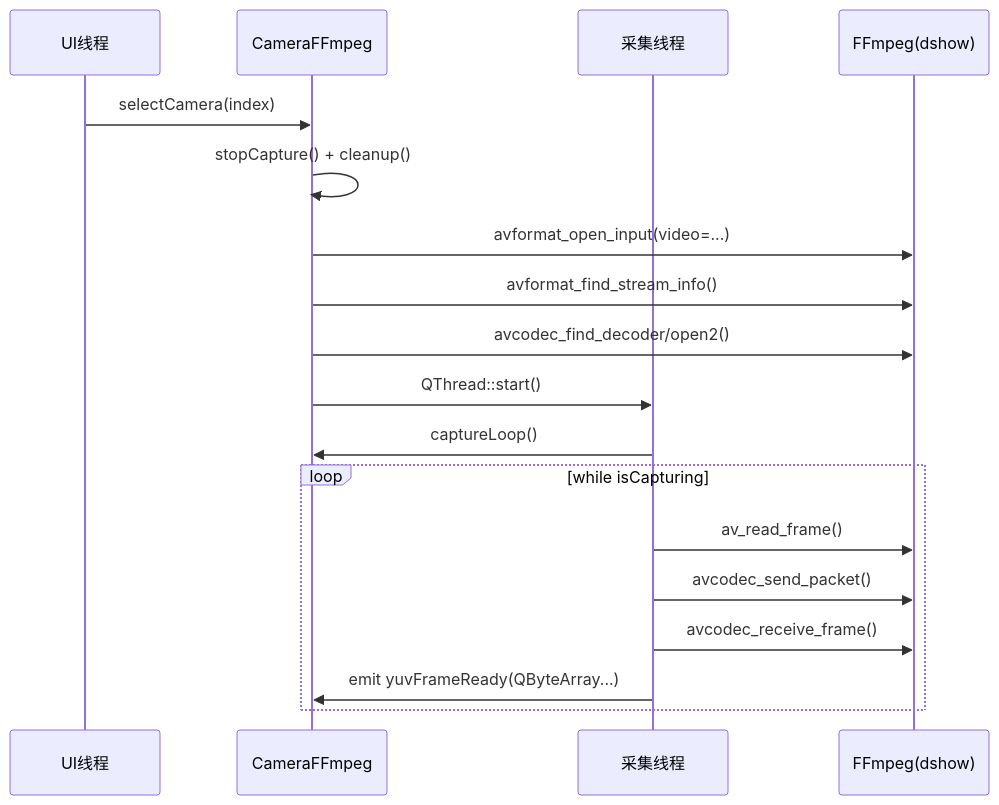
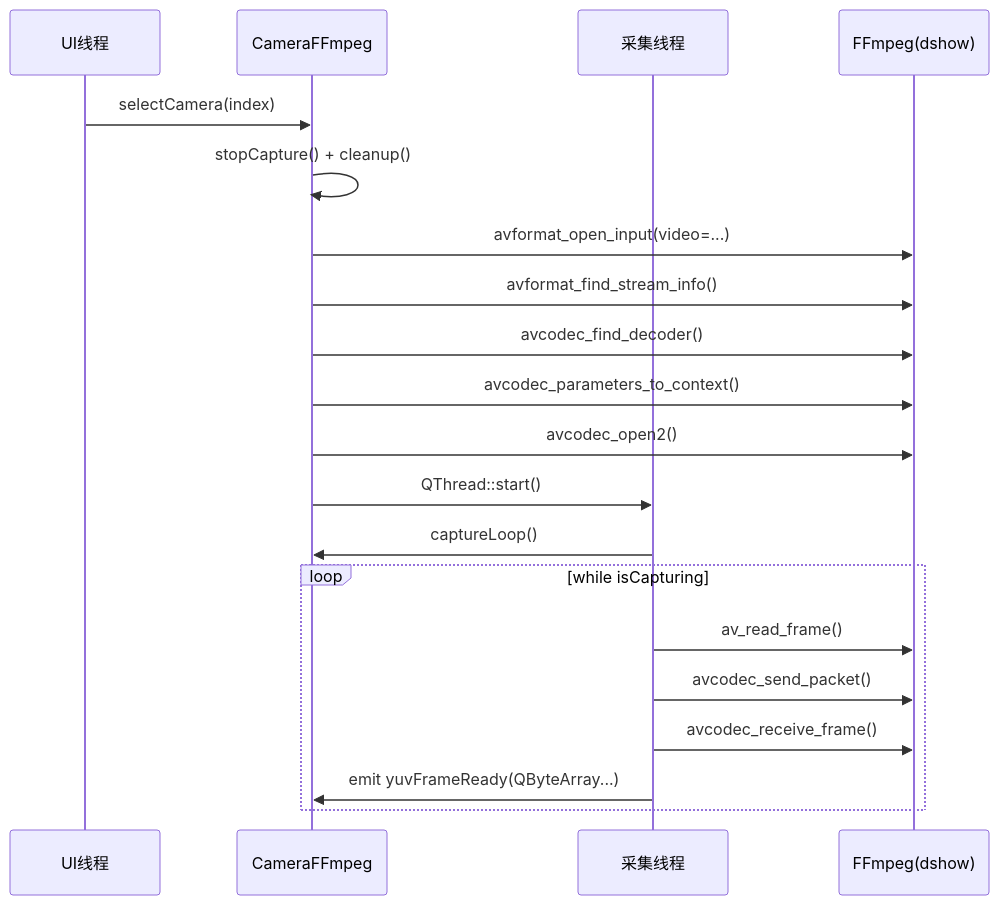
The third of 9 diagrams in doc/ffmpeg-camera-qt-opengl-guide-visual.md (chunyujin295/FPlayer-desketop), drawn with Mermaid before and after one commit. The commit also changed other lines of this file and 3 other files, not shown here.

````diff
--- a/doc/ffmpeg-camera-qt-opengl-guide-visual.md
+++ b/doc/ffmpeg-camera-qt-opengl-guide-visual.md
@@ -67,21 +68,23 @@
 ```mermaid
 sequenceDiagram
     participant UI as UI线程
     participant Cam as CameraFFmpeg
     participant Th as 采集线程
     participant FF as FFmpeg(dshow)
 
     UI->>Cam: selectCamera(index)
     Cam->>Cam: stopCapture() + cleanup()
     Cam->>FF: avformat_open_input(video=...)
     Cam->>FF: avformat_find_stream_info()
-    Cam->>FF: avcodec_find_decoder/open2()
+    Cam->>FF: avcodec_find_decoder()
+    Cam->>FF: avcodec_parameters_to_context()
+    Cam->>FF: avcodec_open2()
     Cam->>Th: QThread::start()
     Th->>Cam: captureLoop()
     loop while isCapturing
         Th->>FF: av_read_frame()
         Th->>FF: avcodec_send_packet()
         Th->>FF: avcodec_receive_frame()
         Th->>Cam: emit yuvFrameReady(QByteArray...)
     end
 ```
````
